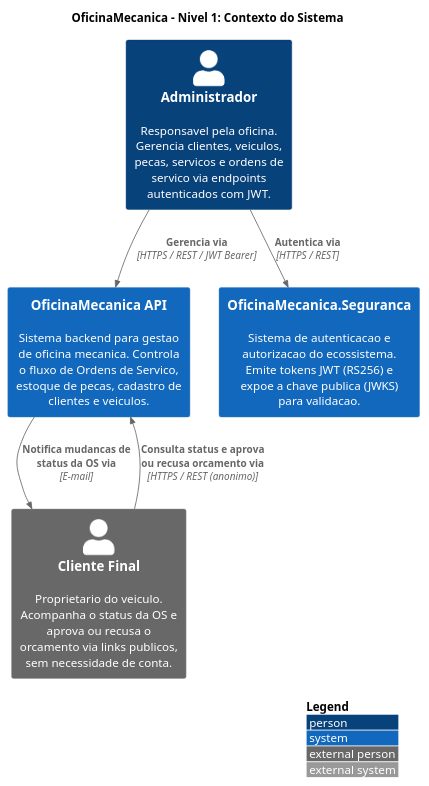
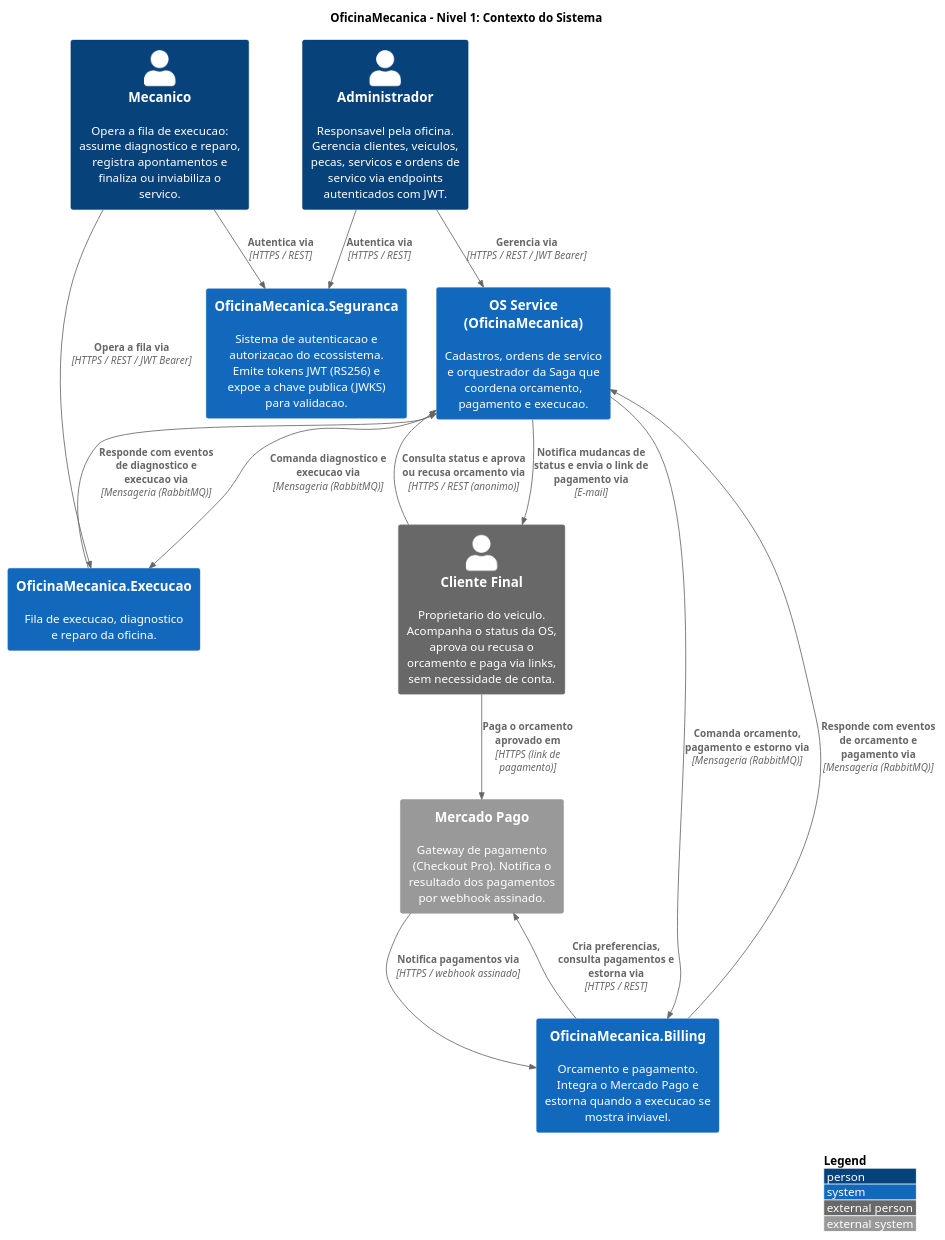
The diagram in docs/c4-nivel1-contexto.puml (willianrmattos/OficinaMecanica), drawn with PlantUML before and after one commit. The commit also changed 75 other files, not shown here.

First line of the commit message:
feat: adiciona contratos de mensagem da saga, ADRs/RFC e diagramas C4 dos microsservicos

```diff
--- a/docs/c4-nivel1-contexto.puml
+++ b/docs/c4-nivel1-contexto.puml
@@ -1,20 +1,33 @@
 @startuml c4-nivel1-contexto
 !include <C4/C4_Context>
 
 LAYOUT_TOP_DOWN()
 LAYOUT_WITH_LEGEND()
 
 title OficinaMecanica - Nivel 1: Contexto do Sistema
 
 Person(admin, "Administrador", "Responsavel pela oficina. Gerencia clientes, veiculos, pecas, servicos e ordens de servico via endpoints autenticados com JWT.")
-Person_Ext(cliente, "Cliente Final", "Proprietario do veiculo. Acompanha o status da OS e aprova ou recusa o orcamento via links publicos, sem necessidade de conta.")
+Person(mecanico, "Mecanico", "Opera a fila de execucao: assume diagnostico e reparo, registra apontamentos e finaliza ou inviabiliza o servico.")
+Person_Ext(cliente, "Cliente Final", "Proprietario do veiculo. Acompanha o status da OS, aprova ou recusa o orcamento e paga via links, sem necessidade de conta.")
 
-System(oficina, "OficinaMecanica API", "Sistema backend para gestao de oficina mecanica. Controla o fluxo de Ordens de Servico, estoque de pecas, cadastro de clientes e veiculos.")
+System(oficina, "OS Service (OficinaMecanica)", "Cadastros, ordens de servico e orquestrador da Saga que coordena orcamento, pagamento e execucao.")
+System(billing, "OficinaMecanica.Billing", "Orcamento e pagamento. Integra o Mercado Pago e estorna quando a execucao se mostra inviavel.")
+System(execucao, "OficinaMecanica.Execucao", "Fila de execucao, diagnostico e reparo da oficina.")
 System(seguranca, "OficinaMecanica.Seguranca", "Sistema de autenticacao e autorizacao do ecossistema. Emite tokens JWT (RS256) e expoe a chave publica (JWKS) para validacao.")
+System_Ext(mercadopago, "Mercado Pago", "Gateway de pagamento (Checkout Pro). Notifica o resultado dos pagamentos por webhook assinado.")
 
 Rel(admin, seguranca, "Autentica via", "HTTPS / REST")
+Rel(mecanico, seguranca, "Autentica via", "HTTPS / REST")
 Rel(admin, oficina, "Gerencia via", "HTTPS / REST / JWT Bearer")
+Rel(mecanico, execucao, "Opera a fila via", "HTTPS / REST / JWT Bearer")
 Rel(cliente, oficina, "Consulta status e aprova ou recusa orcamento via", "HTTPS / REST (anonimo)")
-Rel(oficina, cliente, "Notifica mudancas de status da OS via", "E-mail")
+Rel(cliente, mercadopago, "Paga o orcamento aprovado em", "HTTPS (link de pagamento)")
+Rel(oficina, cliente, "Notifica mudancas de status e envia o link de pagamento via", "E-mail")
+Rel(oficina, billing, "Comanda orcamento, pagamento e estorno via", "Mensageria (RabbitMQ)")
+Rel(oficina, execucao, "Comanda diagnostico e execucao via", "Mensageria (RabbitMQ)")
+Rel(billing, oficina, "Responde com eventos de orcamento e pagamento via", "Mensageria (RabbitMQ)")
+Rel(execucao, oficina, "Responde com eventos de diagnostico e execucao via", "Mensageria (RabbitMQ)")
+Rel(billing, mercadopago, "Cria preferencias, consulta pagamentos e estorna via", "HTTPS / REST")
+Rel(mercadopago, billing, "Notifica pagamentos via", "HTTPS / webhook assinado")
 
 @enduml
```
